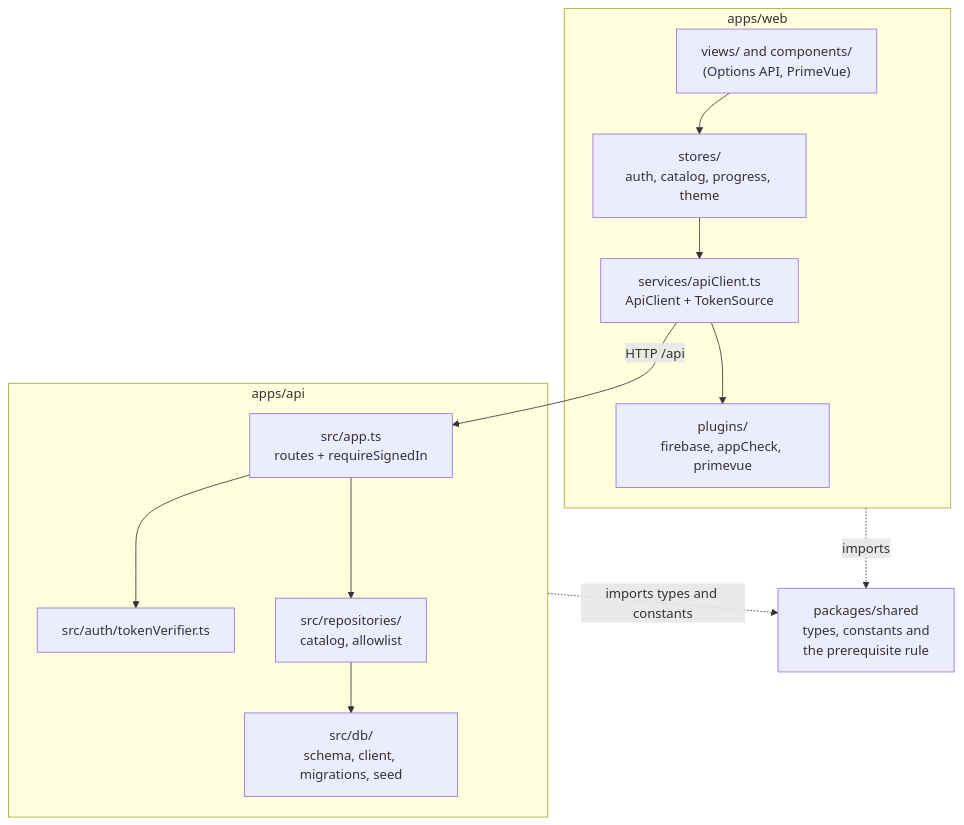
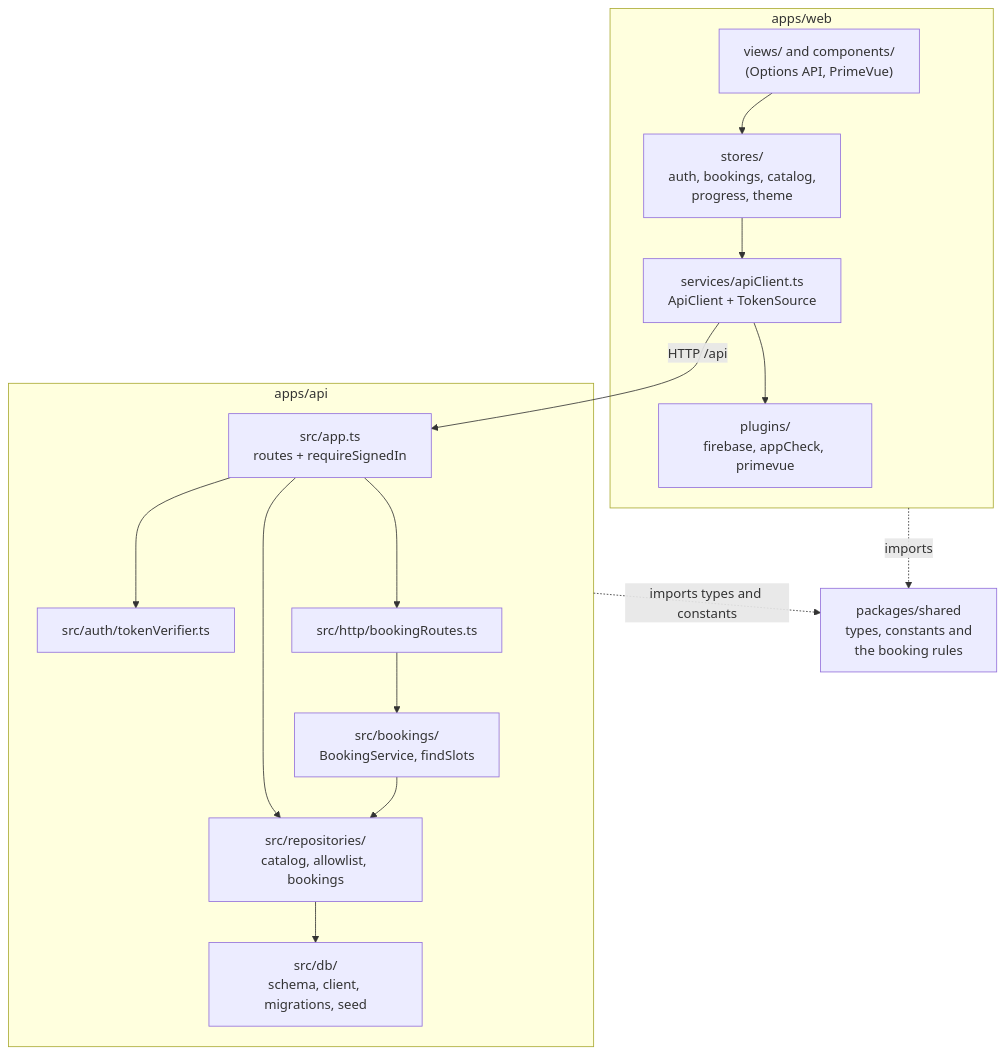
One commit to Valiance-Studios/halo-drivers-ed changed the second of 7 diagrams in ARCHITECTURE.md. Above: the diagram before and after it, drawn with Mermaid. The commit also changed other lines of this file and 45 other files, not shown here.

````diff
--- a/ARCHITECTURE.md
+++ b/ARCHITECTURE.md
@@ -76,28 +76,33 @@
 ```mermaid
 flowchart TB
     subgraph web["apps/web"]
         views["views/ and components/<br/>(Options API, PrimeVue)"]
-        stores["stores/<br/>auth, catalog, progress, theme"]
+        stores["stores/<br/>auth, bookings, catalog,<br/>progress, theme"]
         client["services/apiClient.ts<br/>ApiClient + TokenSource"]
         plugins["plugins/<br/>firebase, appCheck, primevue"]
         views --> stores
         stores --> client
         client --> plugins
     end
 
     subgraph api["apps/api"]
         app["src/app.ts<br/>routes + requireSignedIn"]
         verifier["src/auth/tokenVerifier.ts"]
-        repos["src/repositories/<br/>catalog, allowlist"]
+        bookingRoutes["src/http/bookingRoutes.ts"]
+        service["src/bookings/<br/>BookingService, findSlots"]
+        repos["src/repositories/<br/>catalog, allowlist, bookings"]
         db["src/db/<br/>schema, client, migrations, seed"]
         app --> verifier
         app --> repos
+        app --> bookingRoutes
+        bookingRoutes --> service
+        service --> repos
         repos --> db
     end
 
-    shared["packages/shared<br/>types, constants and<br/>the prerequisite rule"]
+    shared["packages/shared<br/>types, constants and<br/>the booking rules"]
 
     client -- "HTTP /api" --> app
     web -. "imports" .-> shared
     api -. "imports types and constants" .-> shared
 ```
````
